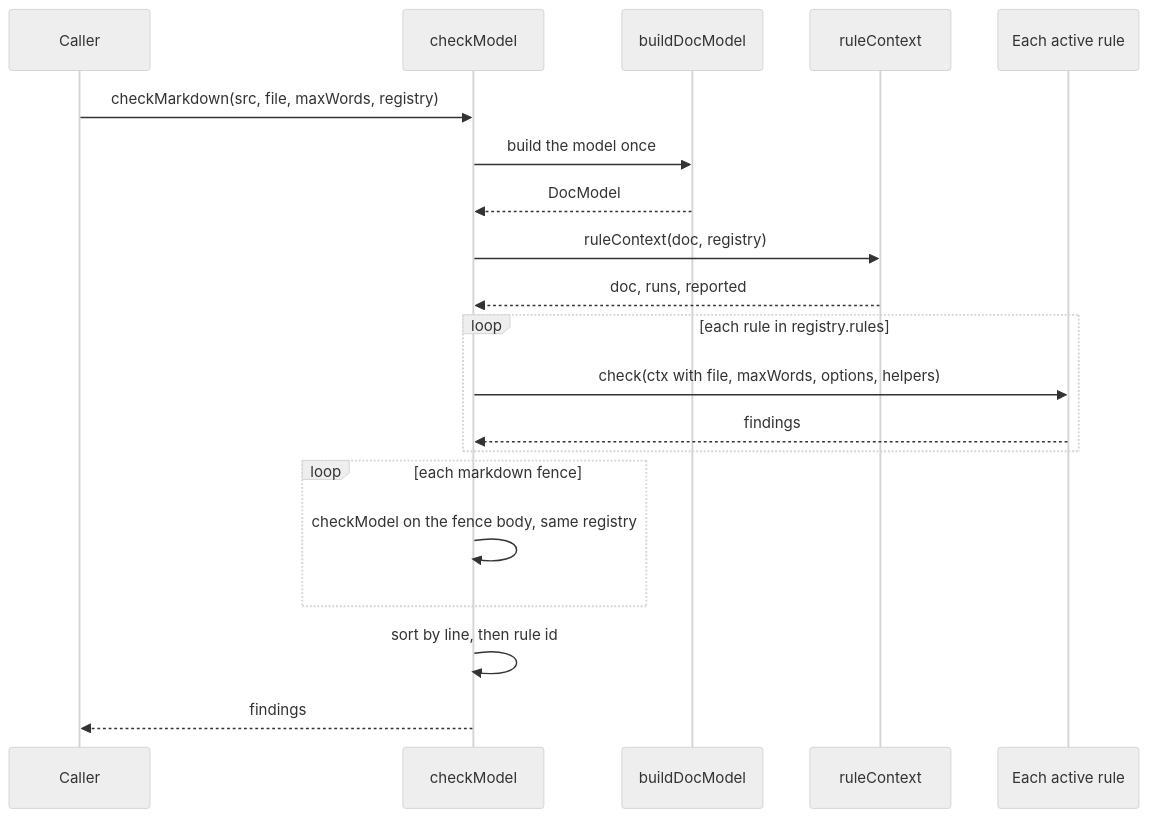
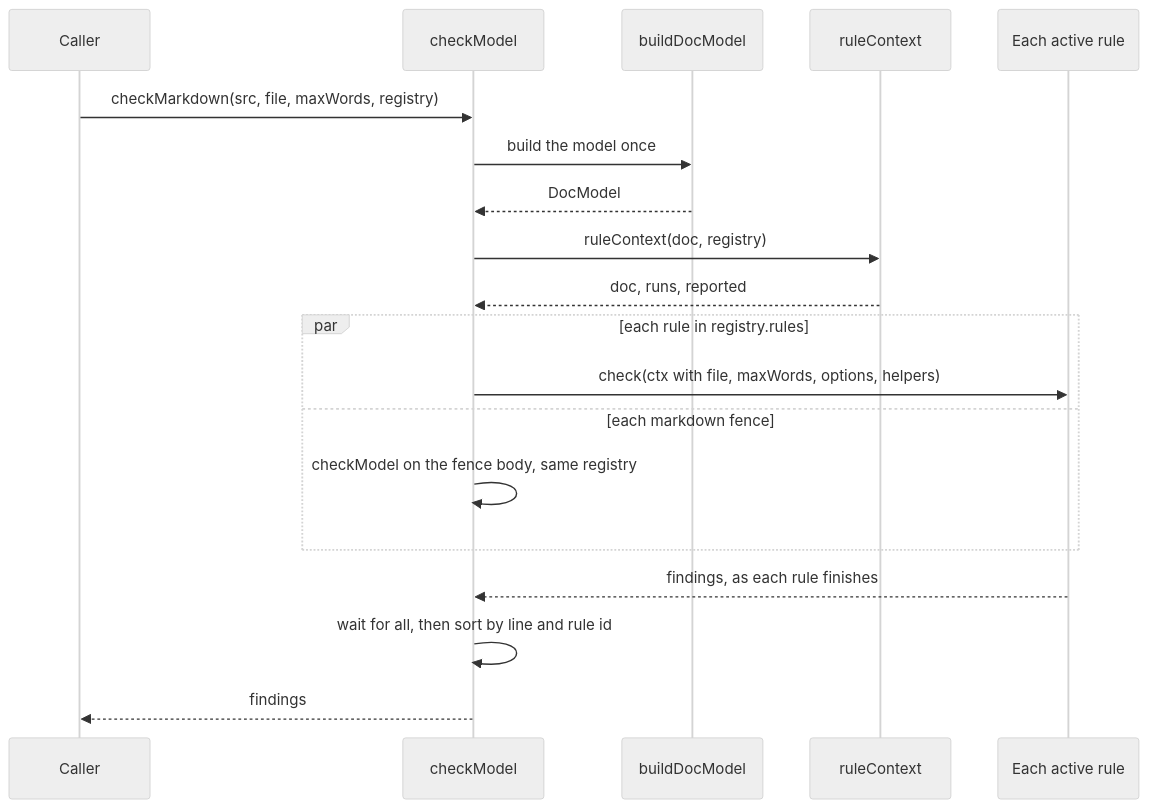
The fourth of 7 diagrams in docs/engines.md (jpeakai/jpai-prose-gates), drawn with Mermaid (neutral theme) before and after one commit. The commit also changed other lines of this file and 39 other files, not shown here.

````diff
--- a/docs/engines.md
+++ b/docs/engines.md
@@ -209,22 +212,21 @@
 ```mermaid
 sequenceDiagram
     participant C as Caller
     participant K as checkModel
     participant M as buildDocModel
     participant X as ruleContext
     participant R as Each active rule
     C->>K: checkMarkdown(src, file, maxWords, registry)
     K->>M: build the model once
     M-->>K: DocModel
     K->>X: ruleContext(doc, registry)
     X-->>K: doc, runs, reported
-    loop each rule in registry.rules
+    par each rule in registry.rules
         K->>R: check(ctx with file, maxWords, options, helpers)
-        R-->>K: findings
-    end
-    loop each markdown fence
+    and each markdown fence
         K->>K: checkModel on the fence body, same registry
     end
-    K->>K: sort by line, then rule id
+    R-->>K: findings, as each rule finishes
+    K->>K: wait for all, then sort by line and rule id
     K-->>C: findings
 ```
````
